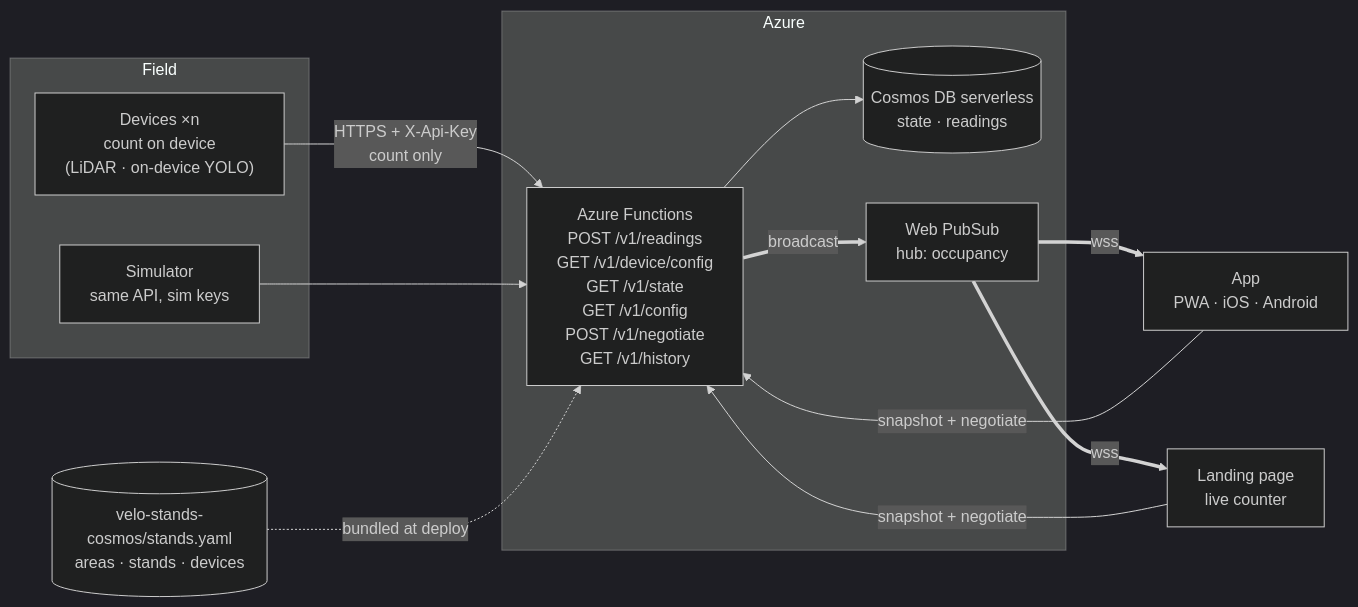
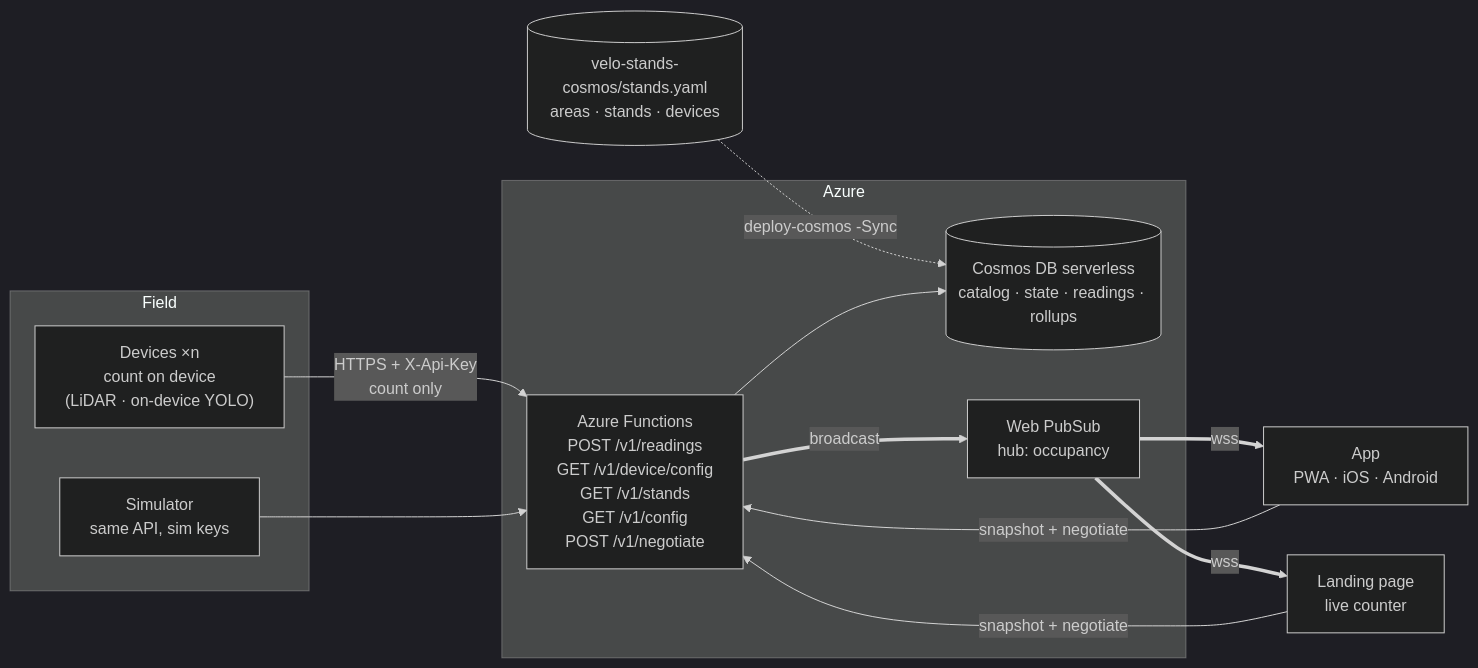
Before and after one commit to The-Booligans/slotinvaders: the first of 2 diagrams in documentation/architecture.md, drawn with Mermaid (dark theme). The commit also changed other lines of this file and 10 other files, not shown here.

````diff
--- a/documentation/architecture.md
+++ b/documentation/architecture.md
@@ -48,25 +64,25 @@
 ```mermaid
 flowchart LR
   subgraph Field
     D["Devices ×n<br/>count on device<br/>(LiDAR · on-device YOLO)"]
     S["Simulator<br/>same API, sim keys"]
   end
   C[("velo-stands-cosmos/stands.yaml<br/>areas · stands · devices")]
   subgraph Azure
-    F["Azure Functions<br/>POST /v1/readings<br/>GET /v1/device/config<br/>GET /v1/state<br/>GET /v1/config<br/>POST /v1/negotiate<br/>GET /v1/history"]
-    DB[("Cosmos DB serverless<br/>state · readings")]
+    F["Azure Functions<br/>POST /v1/readings<br/>GET /v1/device/config<br/>GET /v1/stands<br/>GET /v1/config<br/>POST /v1/negotiate"]
+    DB[("Cosmos DB serverless<br/>catalog · state · readings · rollups")]
     P["Web PubSub<br/>hub: occupancy"]
   end
   A["App<br/>PWA · iOS · Android"]
   L["Landing page<br/>live counter"]
 
   D -- "HTTPS + X-Api-Key<br/>count only" --> F
   S --> F
-  C -. bundled at deploy .-> F
+  C -. "deploy-cosmos -Sync" .-> DB
   F --> DB
   F == broadcast ==> P
   P == wss ==> A
   P == wss ==> L
   A -- "snapshot + negotiate" --> F
   L -- "snapshot + negotiate" --> F
 ```
````
